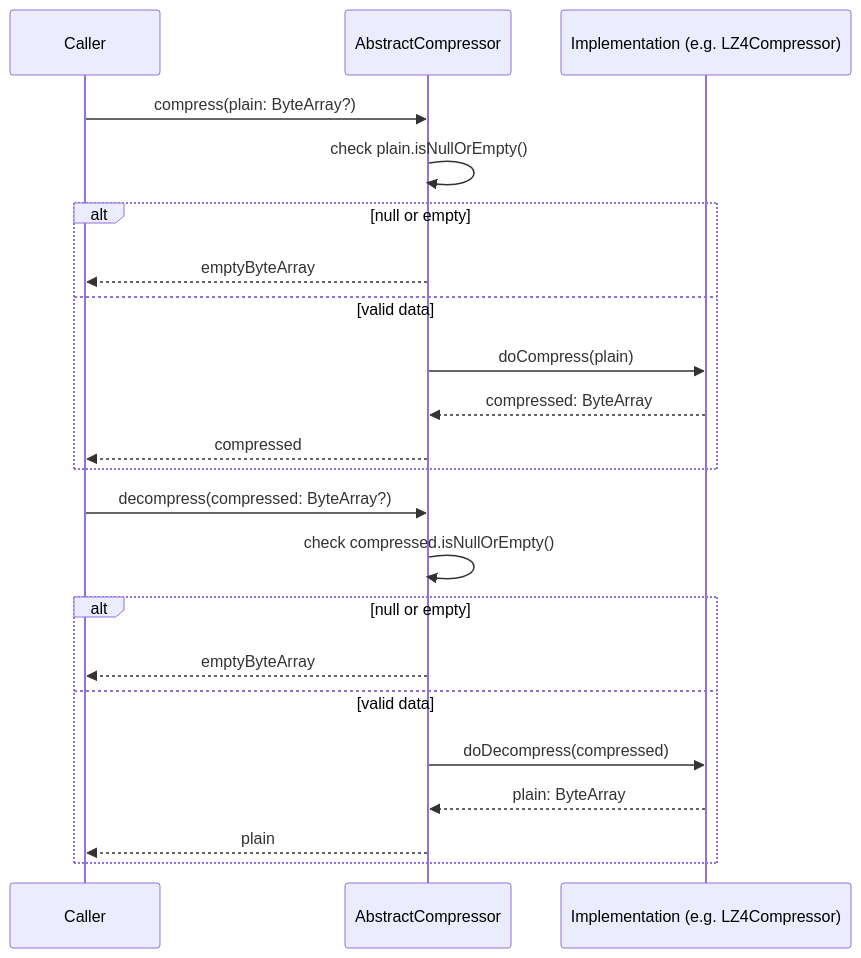
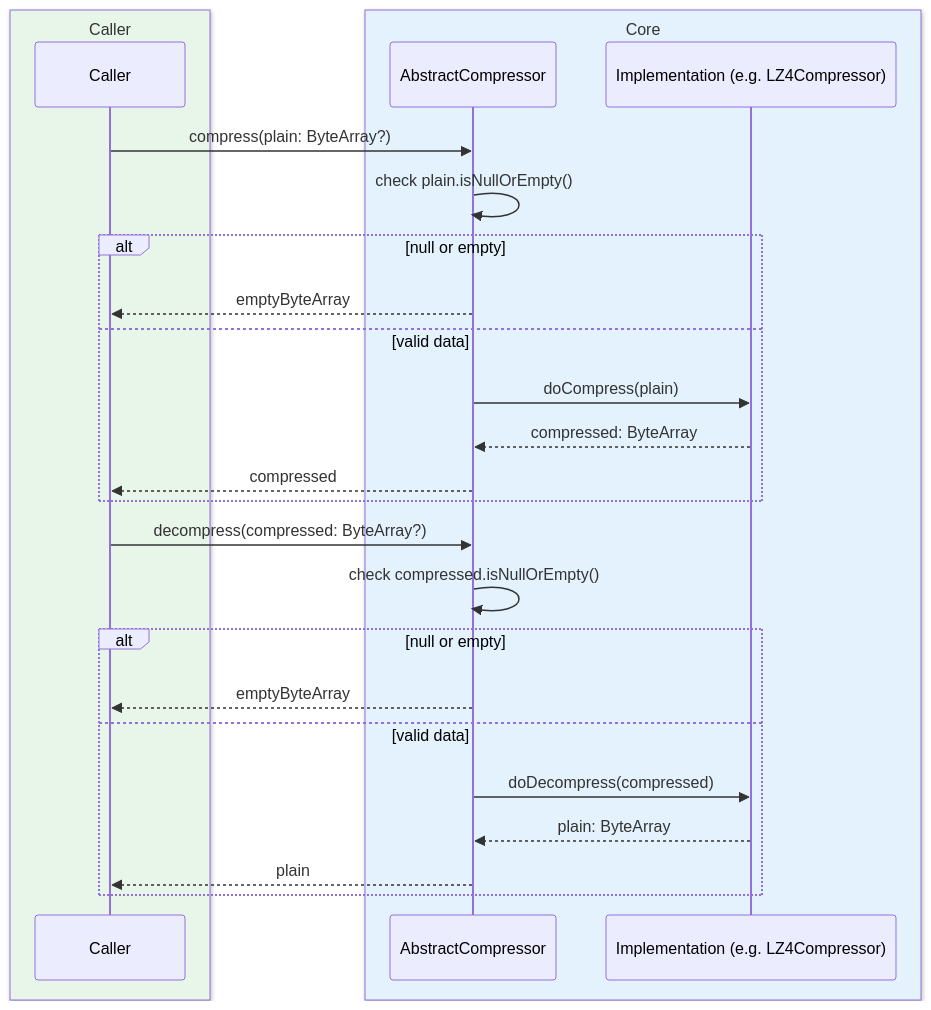
The third of 7 diagrams in io/io/README.md (bluetape4k/bluetape4k-projects), drawn with Mermaid before and after one commit. The commit also changed other lines of this file and 221 other files, not shown here.

First line of the commit message:
docs: 전체 모듈 README UML 다이어그램 보강 및 색상 업그레이드

````diff
--- a/io/io/README.md
+++ b/io/io/README.md
@@ -107,26 +133,30 @@
 ```mermaid
 sequenceDiagram
-    participant C as Caller
-    participant AC as AbstractCompressor
-    participant Impl as Implementation (e.g. LZ4Compressor)
+    box rgb(232, 245, 233) Caller
+        participant C as Caller
+    end
+    box rgb(227, 242, 253) Core
+        participant AC as AbstractCompressor
+        participant Impl as Implementation (e.g. LZ4Compressor)
+    end
 
     C->>AC: compress(plain: ByteArray?)
     AC->>AC: check plain.isNullOrEmpty()
     alt null or empty
         AC-->>C: emptyByteArray
     else valid data
         AC->>Impl: doCompress(plain)
         Impl-->>AC: compressed: ByteArray
         AC-->>C: compressed
     end
 
     C->>AC: decompress(compressed: ByteArray?)
     AC->>AC: check compressed.isNullOrEmpty()
     alt null or empty
         AC-->>C: emptyByteArray
     else valid data
         AC->>Impl: doDecompress(compressed)
         Impl-->>AC: plain: ByteArray
         AC-->>C: plain
     end
 ```
````
